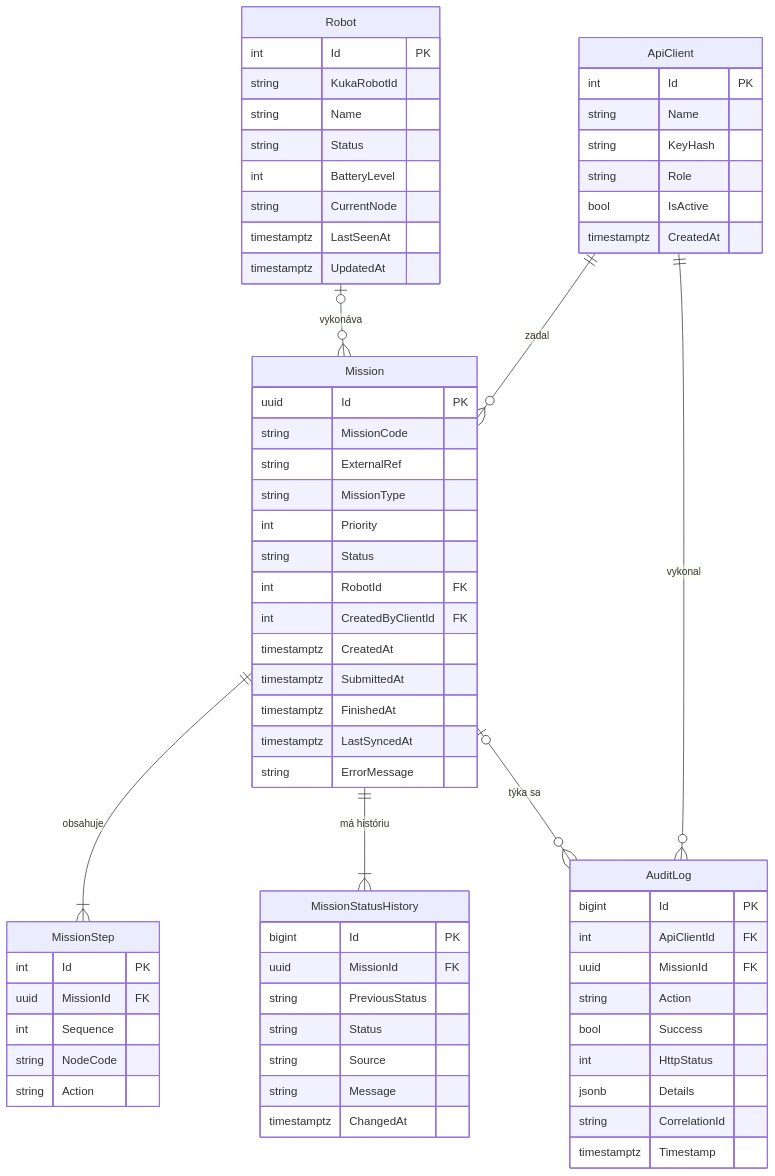
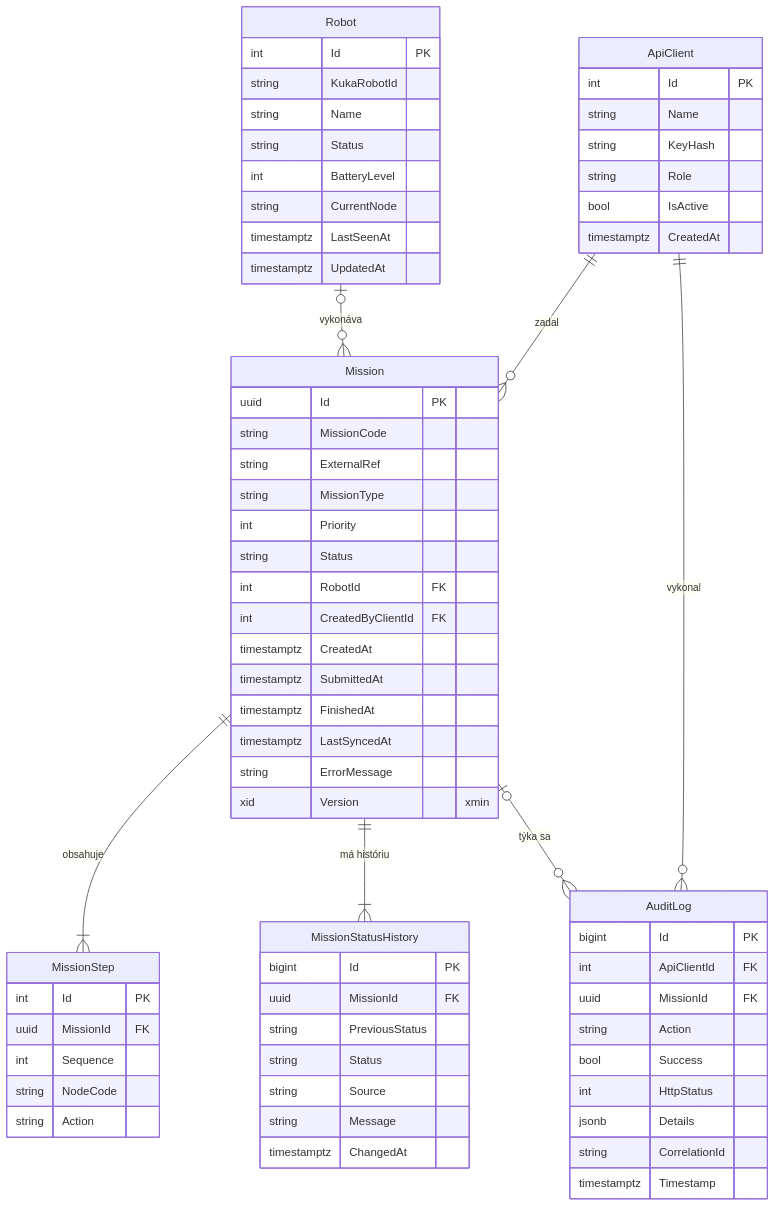
The diagram in documentation/wiki.md (McLehotsky/kuka-middleware), drawn with Mermaid before and after one commit. The commit also changed other lines of this file and 37 other files, not shown here.

Commit message:
Redraw use case, goals and state diagrams and add legends (Epic)

```diff
--- a/documentation/wiki.md
+++ b/documentation/wiki.md
@@ -430,6 +373,7 @@
         timestamptz LastSyncedAt
 
         string ErrorMessage
+        xid Version "xmin"
 
     }
 
```
